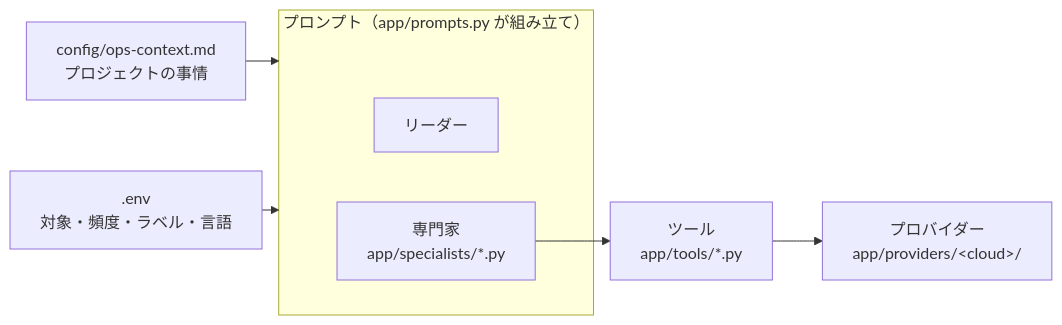
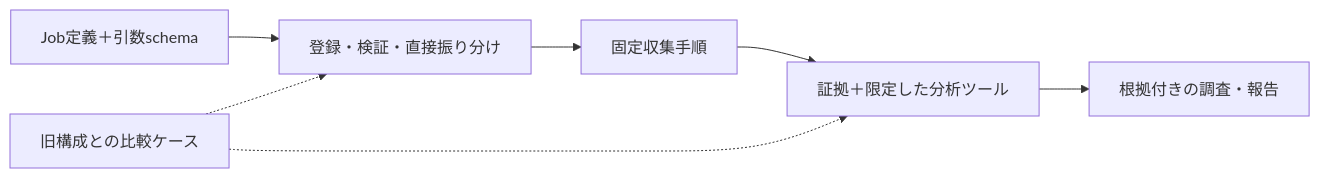
One commit to atsuki-sakai/cloud-ops-team changed the diagram in docs/customization.md. Above: the diagram before and after it, drawn with Mermaid. The commit also changed other lines of this file and 61 other files, not shown here.

````diff
--- a/docs/customization.md
+++ b/docs/customization.md
@@ -10,11 +10,8 @@
 ```mermaid
 flowchart LR
-    CTX["config/ops-context.md<br/>プロジェクトの事情"] --> P
-    ENV[".env<br/>対象・頻度・ラベル・言語"] --> P
-    subgraph P["プロンプト（app/prompts.py が組み立て）"]
-        R["リーダー"]
-        S["専門家<br/>app/specialists/*.py"]
-    end
-    S --> T["ツール<br/>app/tools/*.py"]
-    T --> PR["プロバイダー<br/>app/providers/&lt;cloud&gt;/"]
+    J["Job定義＋引数schema"] --> R["登録・検証・直接振り分け"]
+    R --> C["固定収集手順"]
+    C --> A["証拠＋限定した分析ツール"]
+    A --> G["根拠付きの調査・報告"]
+    E["旧構成との比較ケース"] -.-> R & A
 ```
````
